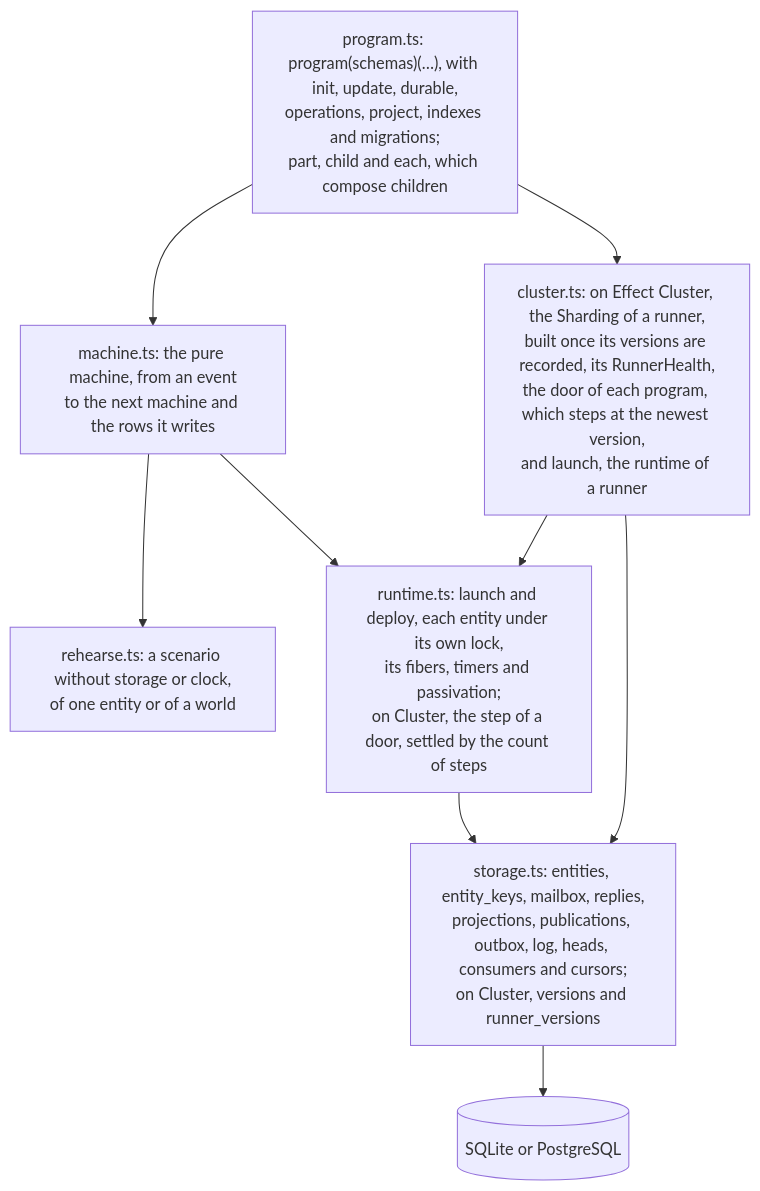
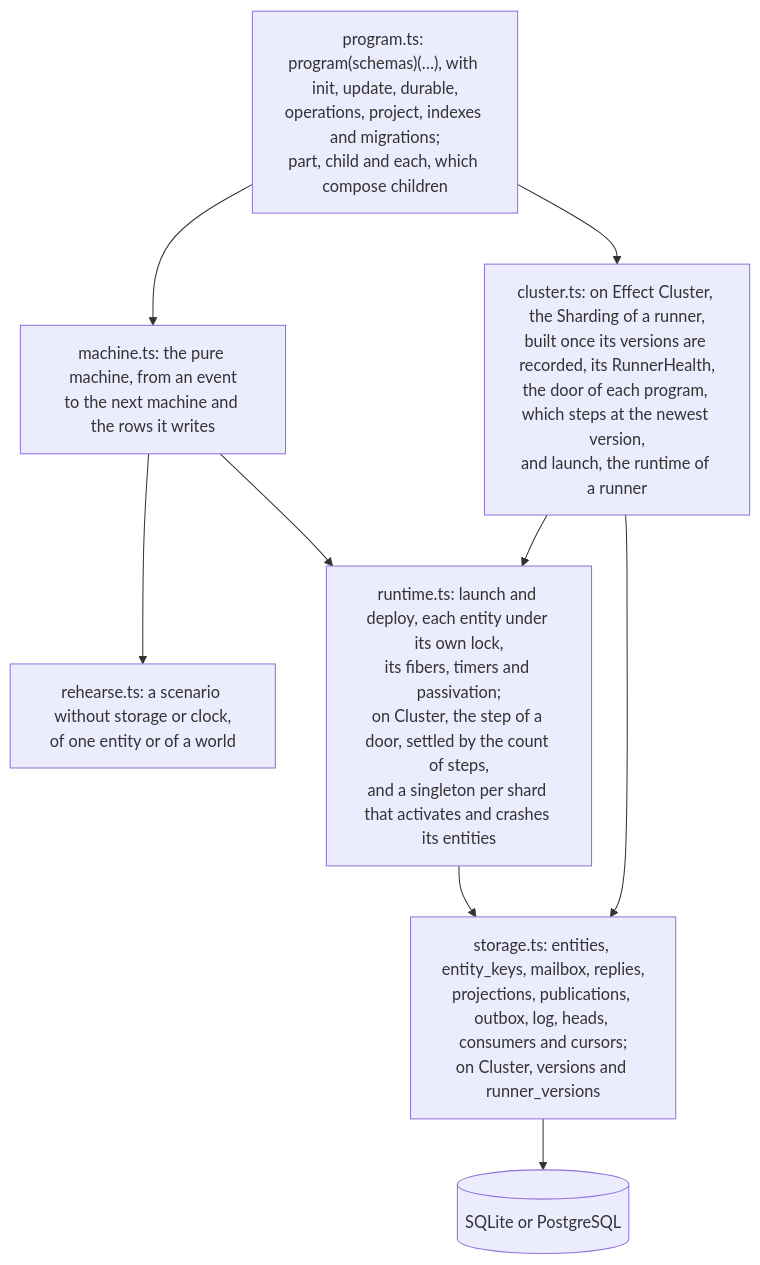
The second of 2 diagrams in README.md (fgaudo/effect-tea-durable), drawn with Mermaid before and after one commit. The commit also changed 10 other files, not shown here.

First line of the commit message:
runtime: serve each shard from a singleton, with note 0162

````diff
--- a/README.md
+++ b/README.md
@@ -88,19 +88,19 @@
 ```mermaid
 flowchart TB
   program["program.ts: program(schemas)(…), with init, update, durable,<br/>operations, project, indexes and migrations;<br/>part, child and each, which compose children"]
   machine["machine.ts: the pure machine, from an event<br/>to the next machine and the rows it writes"]
   rehearse["rehearse.ts: a scenario without storage or clock,<br/>of one entity or of a world"]
-  runtime["runtime.ts: launch and deploy, each entity under its own lock,<br/>its fibers, timers and passivation;<br/>on Cluster, the step of a door, settled by the count of steps"]
+  runtime["runtime.ts: launch and deploy, each entity under its own lock,<br/>its fibers, timers and passivation;<br/>on Cluster, the step of a door, settled by the count of steps,<br/>and a singleton per shard that activates and crashes its entities"]
   cluster["cluster.ts: on Effect Cluster, the Sharding of a runner,<br/>built once its versions are recorded, its RunnerHealth,<br/>the door of each program, which steps at the newest version,<br/>and launch, the runtime of a runner"]
   storage["storage.ts: entities, entity_keys, mailbox, replies,<br/>projections, publications, outbox, log, heads, consumers and cursors;<br/>on Cluster, versions and runner_versions"]
   db[(SQLite or PostgreSQL)]
 
   program --> machine
   machine --> rehearse
   machine --> runtime
   program --> cluster
   runtime --> storage
   cluster --> runtime
   cluster --> storage
   storage --> db
 ```
````
